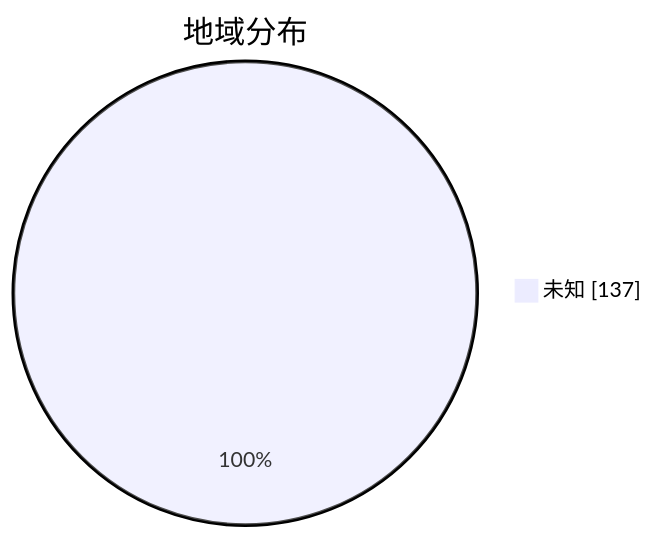
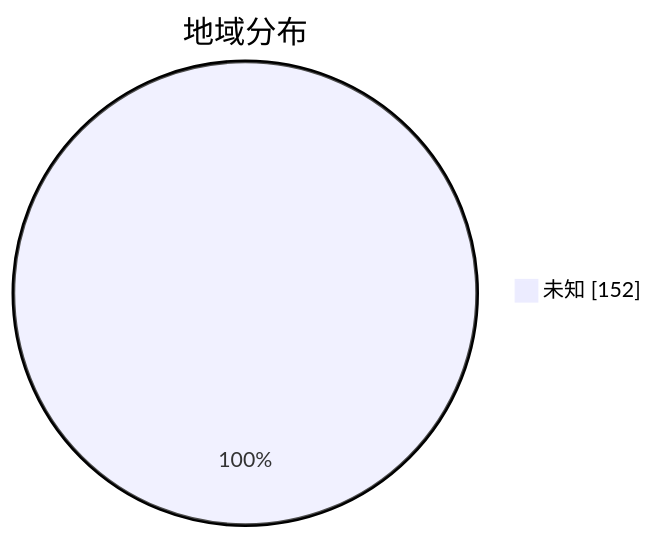
The second of 3 diagrams in subs/statistics/tested_within.md (qjlxg/airport), drawn with Mermaid before and after one commit. The commit also changed other lines of this file and 2 other files, not shown here.

````diff
--- a/subs/statistics/tested_within.md
+++ b/subs/statistics/tested_within.md
@@ -11,5 +11,5 @@
 ```mermaid
 pie showData
 title 地域分布
-"未知" : 137
+"未知" : 152
 ```
````
